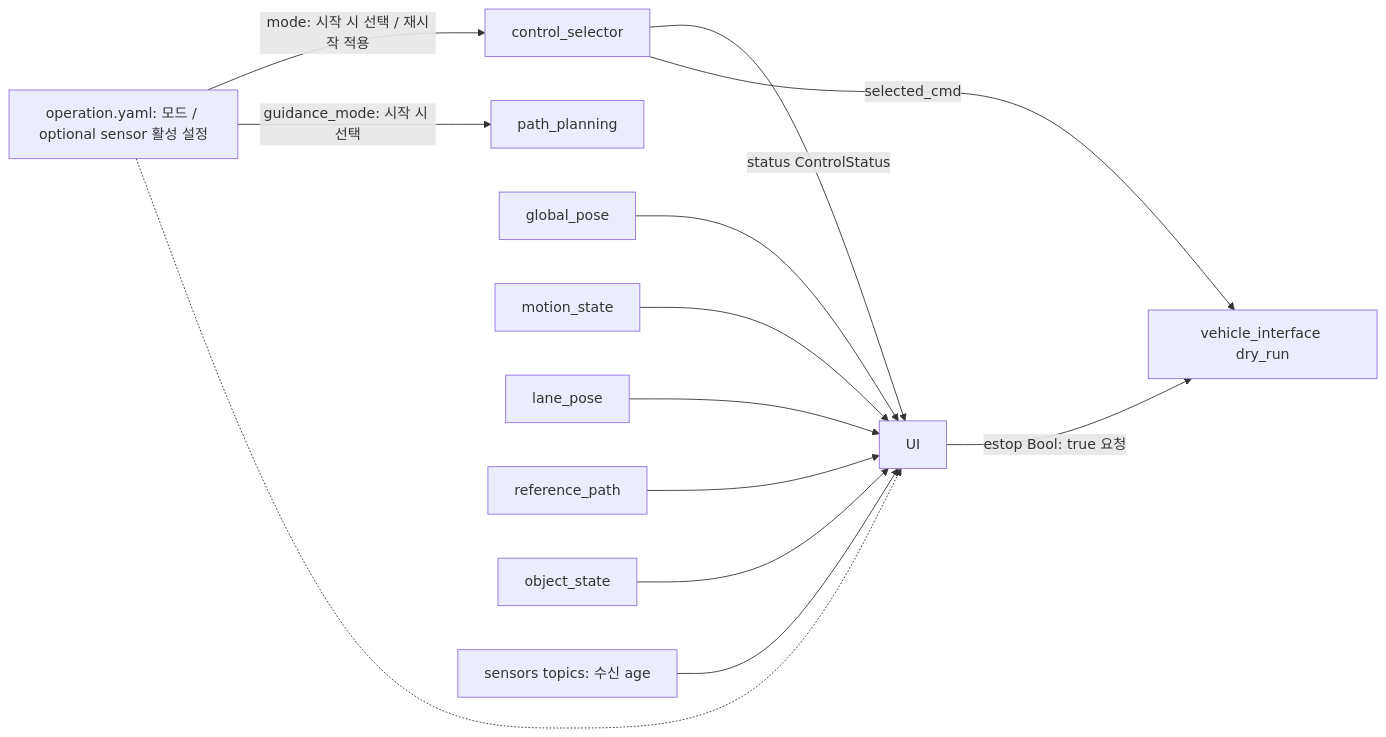
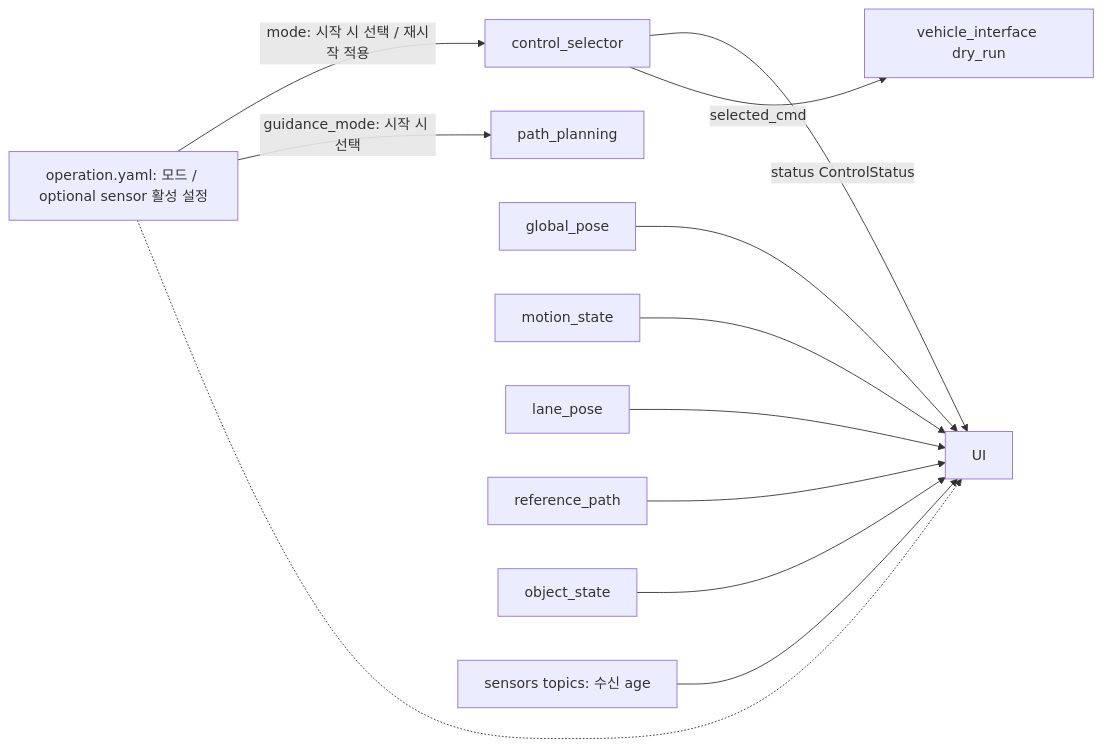
Before and after one commit to planta223/control_manager: the fourth of 4 diagrams in doc/guidance_modes.md, drawn with Mermaid. The commit also changed other lines of this file and 17 other files, not shown here.

Commit message:
vehicle interface 구독토픽 삭제

````diff
--- a/doc/guidance_modes.md
+++ b/doc/guidance_modes.md
@@ -180,15 +177,14 @@
 ```mermaid
 flowchart LR
   CFG -->|mode: 시작 시 선택 / 재시작 적용| CM[control_selector]
   CFG -->|guidance_mode: 시작 시 선택| PP[path_planning]
   CM -->|status ControlStatus| UI
   GP[global_pose] --> UI
   MS[motion_state] --> UI
   LN[lane_pose] --> UI
   RP[reference_path] --> UI
   OS[object_state] --> UI
   RX[sensors topics: 수신 age] --> UI
   CFG[operation.yaml: 모드 / optional sensor 활성 설정] -.-> UI
-  UI -->|estop Bool: true 요청| VI[vehicle_interface dry_run]
-  CM -->|selected_cmd| VI
+  CM -->|selected_cmd| VI[vehicle_interface dry_run]
 ```
````
